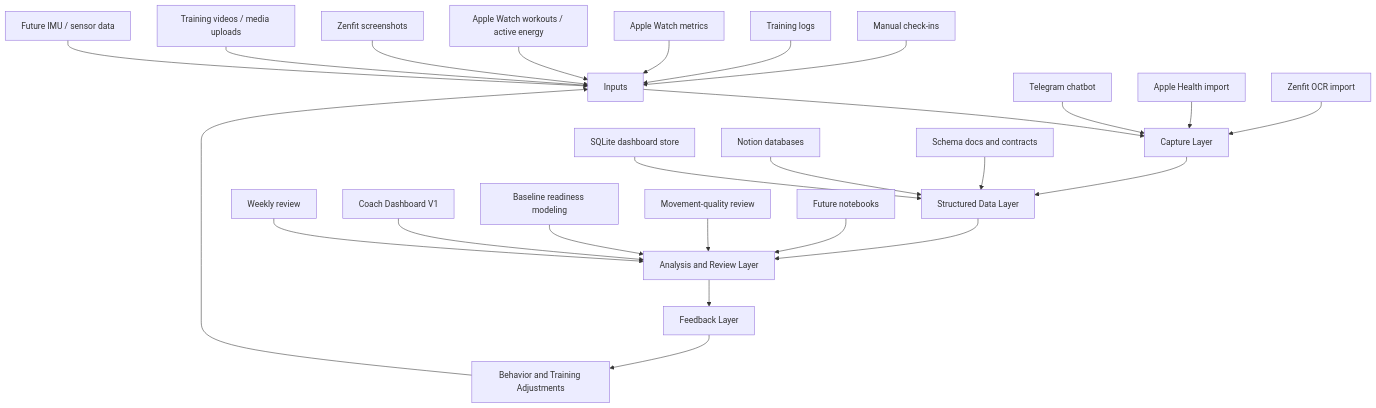
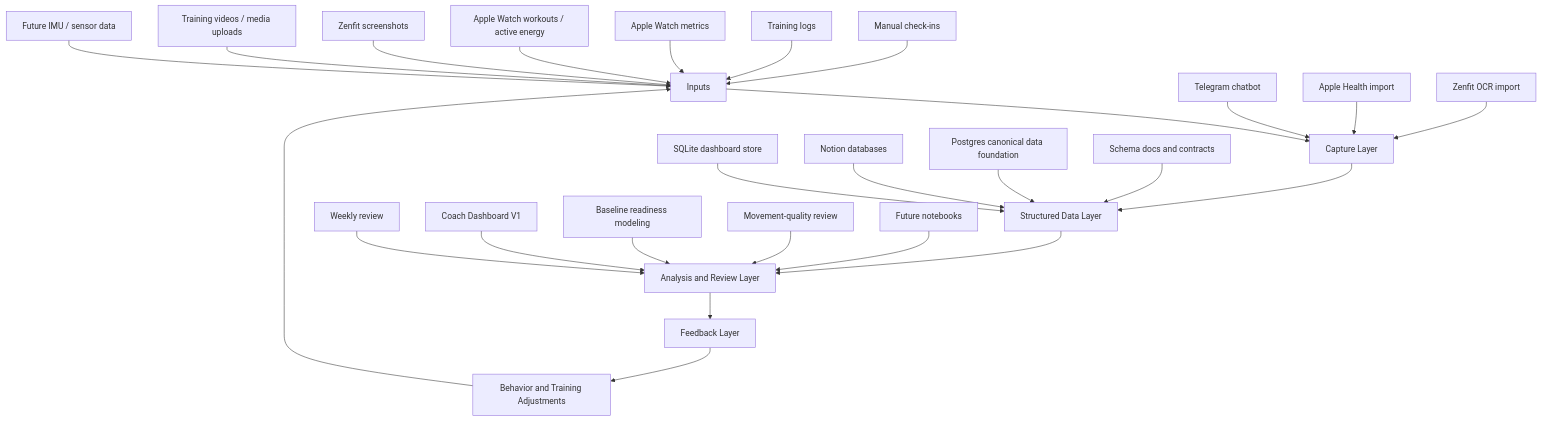
Before and after one commit to haleyparks329/the-human-model: the diagram in docs/architecture.md, drawn with Mermaid. The commit also changed other lines of this file and 8 other files, not shown here.

Commit message:
Refresh overview with Postgres data foundation

````diff
--- a/docs/architecture.md
+++ b/docs/architecture.md
@@ -5,29 +5,30 @@
 ```mermaid
 flowchart TD
     A[Inputs] --> B[Capture Layer]
     B --> C[Structured Data Layer]
     C --> D[Analysis and Review Layer]
     D --> E[Feedback Layer]
     E --> F[Behavior and Training Adjustments]
     F --> A
 
     A1[Manual check-ins] --> A
     A2[Training logs] --> A
     A3[Apple Watch metrics] --> A
     A6[Apple Watch workouts / active energy] --> A
     A4[Zenfit screenshots] --> A
     A7[Training videos / media uploads] --> A
     A5[Future IMU / sensor data] --> A
 
     B1[Telegram chatbot] --> B
     B2[Apple Health import] --> B
     B3[Zenfit OCR import] --> B
     C1[SQLite dashboard store] --> C
     C2[Notion databases] --> C
-    C3[Schema docs and contracts] --> C
+    C3[Postgres canonical data foundation] --> C
+    C4[Schema docs and contracts] --> C
     D1[Weekly review] --> D
     D2[Coach Dashboard V1] --> D
     D3[Baseline readiness modeling] --> D
     D5[Movement-quality review] --> D
     D4[Future notebooks] --> D
 ```
````
